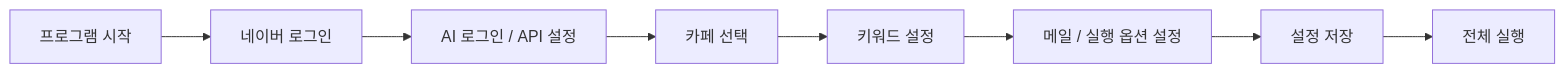
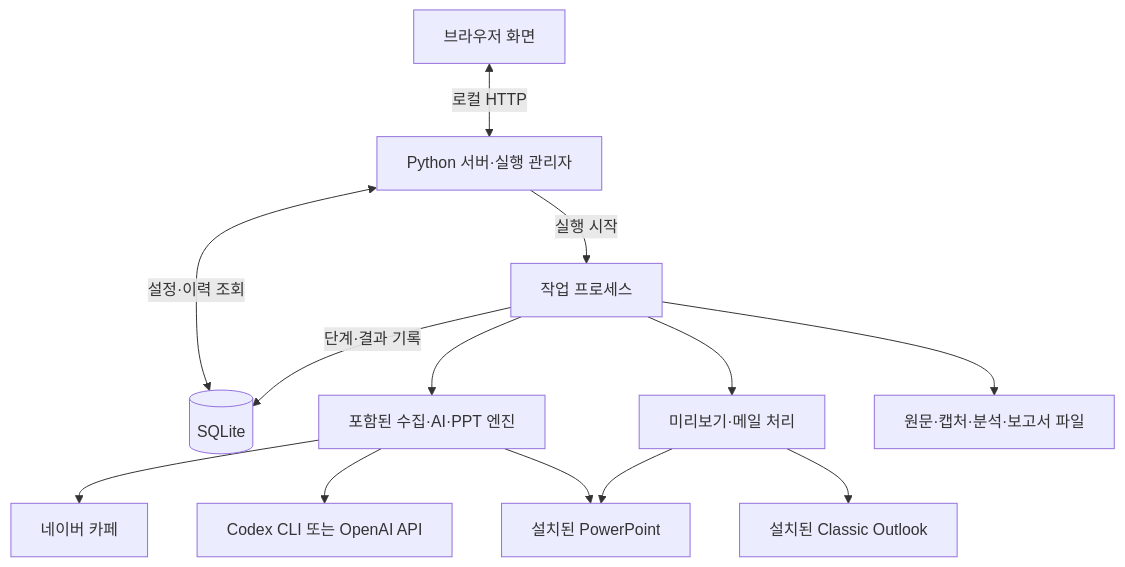
The second of 2 diagrams in 20261001_cafe_monitoring_v1.0/README.md (zidudu/26_-AI-), drawn with Mermaid before and after one commit. The commit also changed other lines of this file and 3 other files, not shown here.

````diff
--- a/20261001_cafe_monitoring_v1.0/README.md
+++ b/20261001_cafe_monitoring_v1.0/README.md
@@ -919,13 +58,15 @@
 ```mermaid
-flowchart LR
-    A["프로그램 시작"]
-    B["네이버 로그인"]
-    C["AI 로그인 / API 설정"]
-    D["카페 선택"]
-    E["키워드 설정"]
-    F["메일 / 실행 옵션 설정"]
-    G["설정 저장"]
-    H["전체 실행"]
-
-    A --> B --> C --> D --> E --> F --> G --> H
+flowchart TD
+    UI["브라우저 화면"] <-->|"로컬 HTTP"| API["Python 서버·실행 관리자"]
+    API -->|"실행 시작"| WORKER["작업 프로세스"]
+    API <-->|"설정·이력 조회"| DB[("SQLite")]
+    WORKER -->|"단계·결과 기록"| DB
+    WORKER --> ENGINE["포함된 수집·AI·PPT 엔진"]
+    ENGINE --> NAVER["네이버 카페"]
+    ENGINE --> AI["Codex CLI 또는 OpenAI API"]
+    ENGINE --> PPT["설치된 PowerPoint"]
+    WORKER --> OFFICE["미리보기·메일 처리"]
+    OFFICE --> PPT
+    OFFICE --> OUTLOOK["설치된 Classic Outlook"]
+    WORKER --> FILES["원문·캡처·분석·보고서 파일"]
 ```
````
